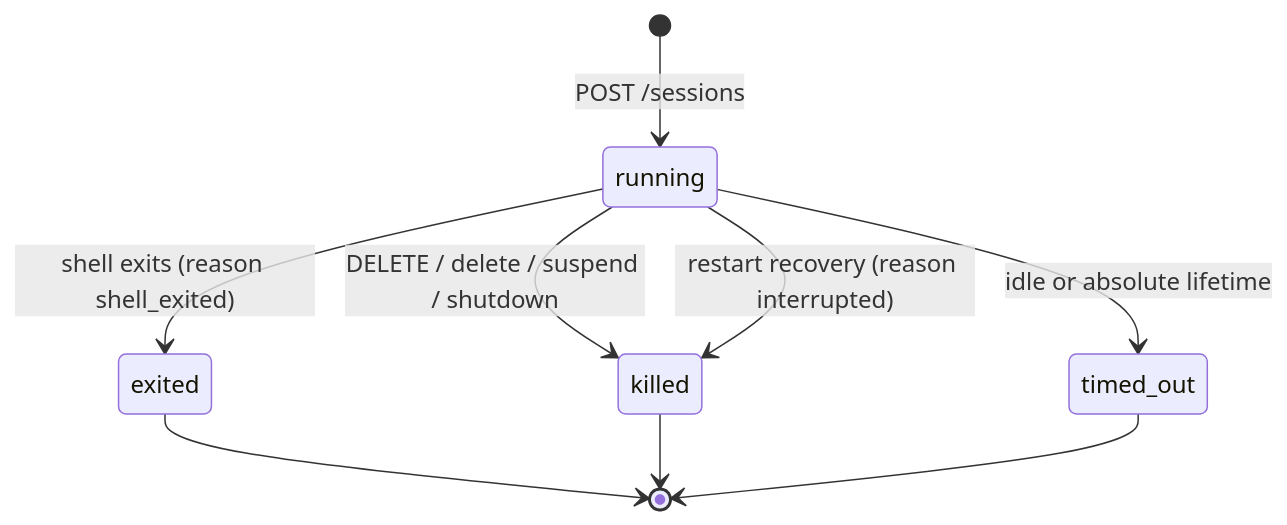
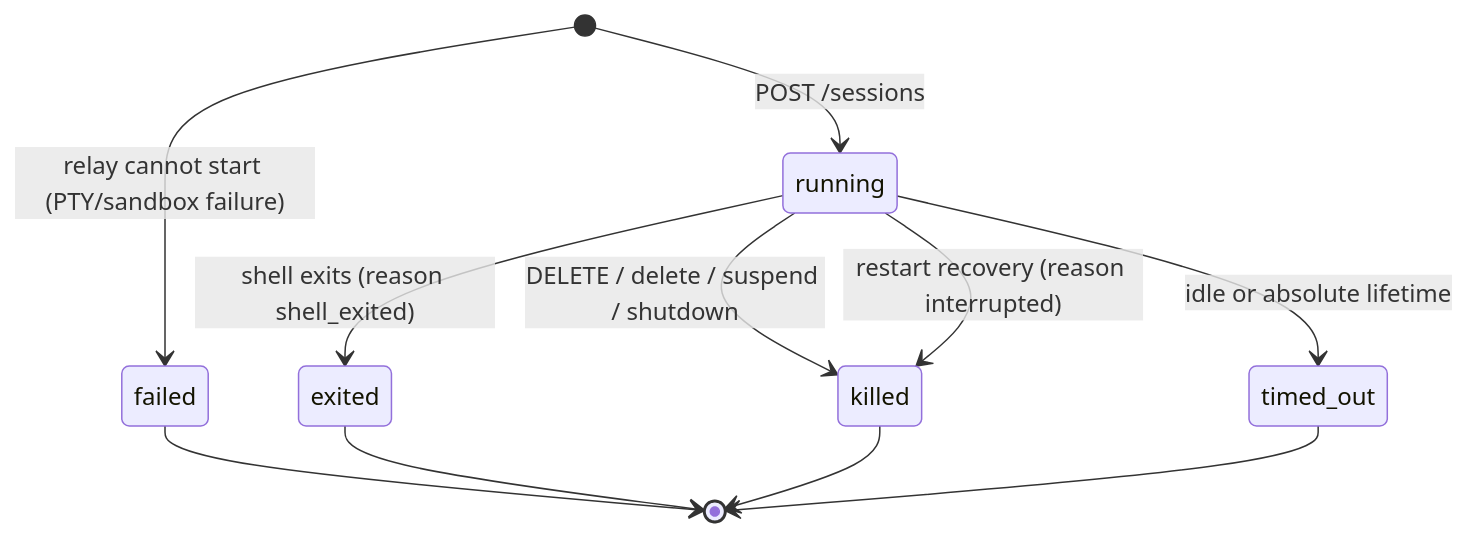
Before and after one commit to M3-mo2/cloud-service: the eighth of 17 diagrams in docs/ARCHITECTURE.md, drawn with Mermaid. The commit also changed other lines of this file and 22 other files, not shown here.

````diff
--- a/docs/ARCHITECTURE.md
+++ b/docs/ARCHITECTURE.md
@@ -353,11 +364,13 @@
 ```mermaid
 stateDiagram-v2
     [*] --> running: POST /sessions
+    [*] --> failed: relay cannot start (PTY/sandbox failure)
     running --> exited: shell exits (reason shell_exited)
     running --> killed: DELETE / delete / suspend / shutdown
     running --> timed_out: idle or absolute lifetime
     running --> killed: restart recovery (reason interrupted)
+    failed --> [*]
     exited --> [*]
     killed --> [*]
     timed_out --> [*]
 ```
````
